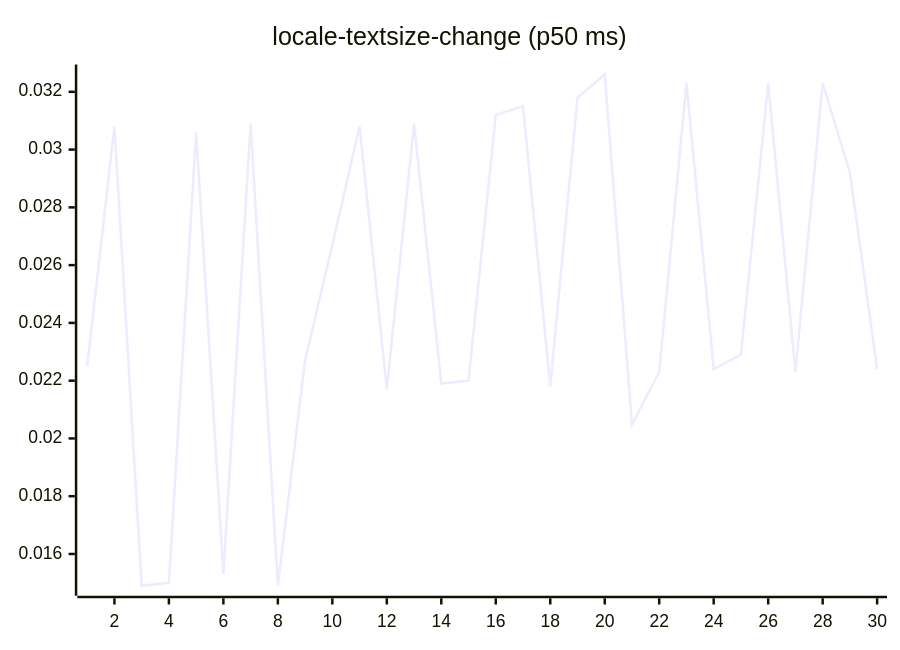
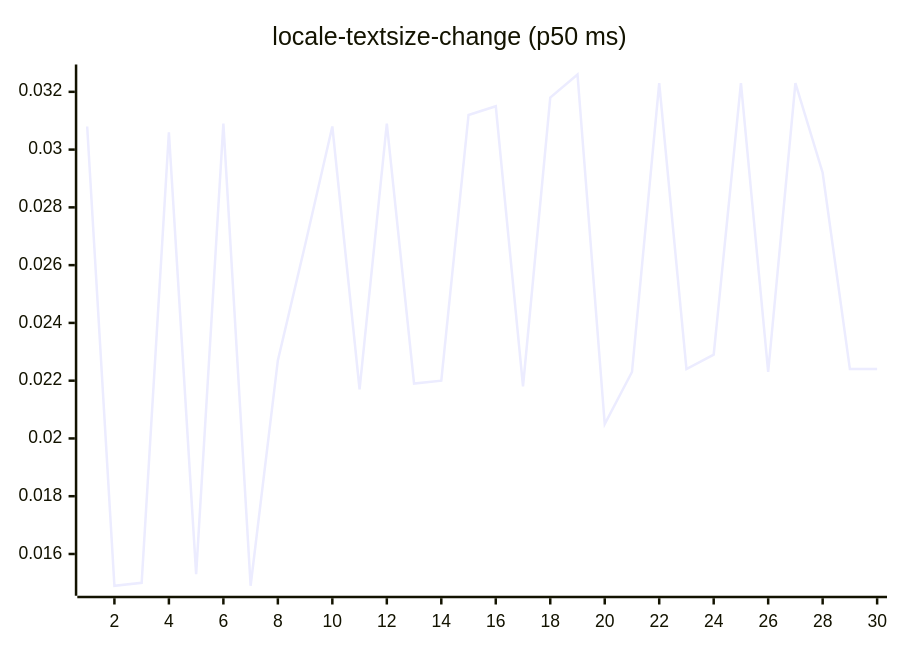
Before and after one commit to josha/Facet: diagram 13 of 27 in README.md, drawn with Mermaid. The commit also changed other lines of this file and 2 other files, not shown here.

````diff
--- a/README.md
+++ b/README.md
@@ -147,6 +147,6 @@
 ```mermaid
 xychart-beta
     title "locale-textsize-change (p50 ms)"
     x-axis 1 --> 30
-    line [0.0225, 0.0308, 0.0149, 0.0150, 0.0306, 0.0153, 0.0309, 0.0149, 0.0227, 0.0267, 0.0308, 0.0217, 0.0309, 0.0219, 0.0220, 0.0312, 0.0315, 0.0218, 0.0318, 0.0326, 0.0205, 0.0223, 0.0323, 0.0224, 0.0229, 0.0323, 0.0223, 0.0323, 0.0292, 0.0224]
+    line [0.0308, 0.0149, 0.0150, 0.0306, 0.0153, 0.0309, 0.0149, 0.0227, 0.0267, 0.0308, 0.0217, 0.0309, 0.0219, 0.0220, 0.0312, 0.0315, 0.0218, 0.0318, 0.0326, 0.0205, 0.0223, 0.0323, 0.0224, 0.0229, 0.0323, 0.0223, 0.0323, 0.0292, 0.0224, 0.0224]
 ```
````
